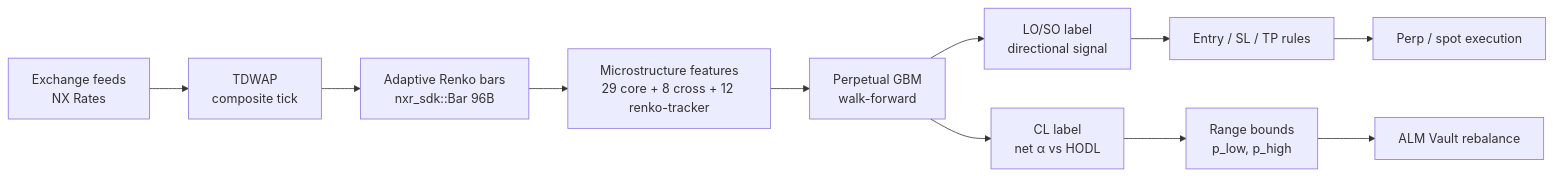
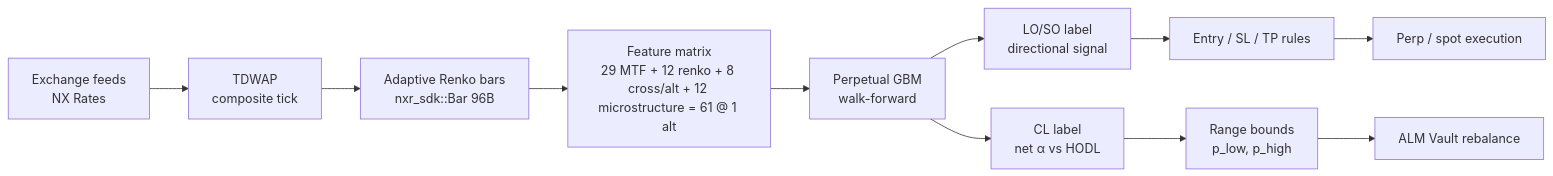
One commit to btr-protocol/docs changed the diagram in prime/00. Overview.md. Above: the diagram before and after it, drawn with Mermaid. The commit also changed other lines of this file and 5 other files, not shown here.

````diff
--- a/prime/00. Overview.md
+++ b/prime/00. Overview.md
@@ -31,13 +31,13 @@
 ```mermaid
 flowchart LR
   A[Exchange feeds<br/>NX Rates] --> B[TDWAP<br/>composite tick]
   B --> C[Adaptive Renko bars<br/>nxr_sdk::Bar 96B]
-  C --> D[Microstructure features<br/>29 core + 8 cross + 12 renko-tracker]
+  C --> D[Feature matrix<br/>29 MTF + 12 renko + 8 cross/alt + 12 microstructure = 61 @ 1 alt]
   D --> E[Perpetual GBM<br/>walk-forward]
   E --> F1[LO/SO label<br/>directional signal]
   E --> F2[CL label<br/>net α vs HODL]
   F1 --> G1[Entry / SL / TP rules]
   F2 --> G2[Range bounds<br/>p_low, p_high]
   G1 --> H1[Perp / spot execution]
   G2 --> H2[ALM Vault rebalance]
 ```
````
